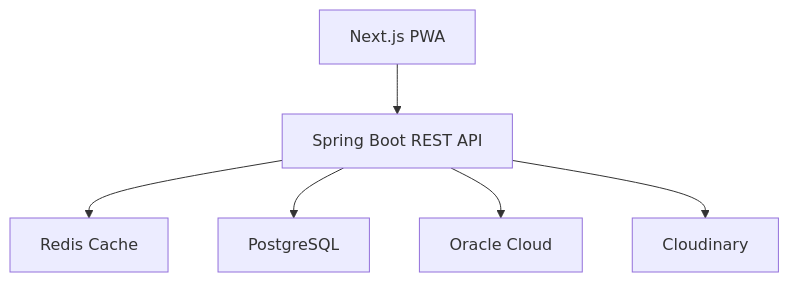
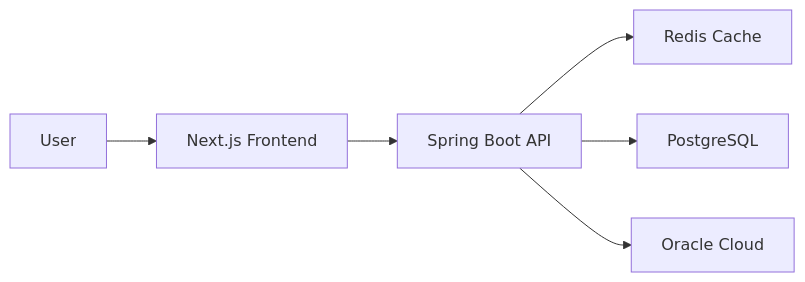
Before and after one commit to 23f1001556/23f1001556: the first of 2 diagrams in README.md, drawn with Mermaid. The commit also changed other lines of this file, not shown here.

````diff
--- a/README.md
+++ b/README.md
@@ -87,16 +260,22 @@
 ```mermaid
-flowchart TD
+flowchart LR
 
-A[Next.js PWA]
-B[Spring Boot REST API]
-C[Redis Cache]
-D[PostgreSQL]
-E[Oracle Cloud]
-F[Cloudinary]
+A[User]
+
+B[Next.js Frontend]
+
+C[Spring Boot API]
+
+D[Redis Cache]
+
+E[PostgreSQL]
+
+F[Oracle Cloud]
 
 A --> B
 B --> C
-B --> D
-B --> E
-B --> F
+C --> D
+C --> E
+C --> F
+
 ```
````
